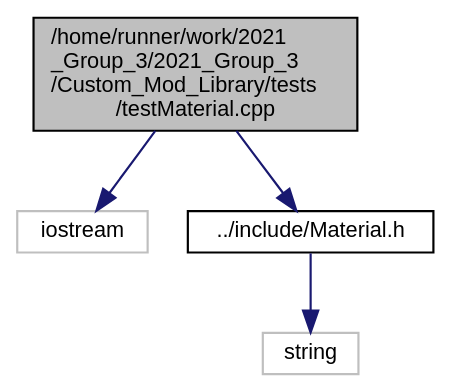
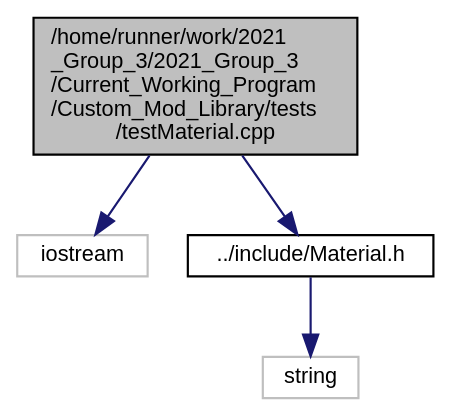
Before and after one commit to ejagombar/2021_Group_3: the diagram in test_material_8cpp__incl.dot, drawn with Graphviz. The commit also changed 69 other files, not shown here.

```diff
--- a/test_material_8cpp__incl.dot
+++ b/test_material_8cpp__incl.dot
@@ -1,14 +1,14 @@
-digraph "/home/runner/work/2021_Group_3/2021_Group_3/Custom_Mod_Library/tests/testMaterial.cpp"
+digraph "/home/runner/work/2021_Group_3/2021_Group_3/Current_Working_Program/Custom_Mod_Library/tests/testMaterial.cpp"
 {
  // LATEX_PDF_SIZE
   bgcolor="transparent";
   edge [fontname="Helvetica",fontsize="10",labelfontname="Helvetica",labelfontsize="10"];
   node [fontname="Helvetica",fontsize="10",shape=record];
-  Node1 [label="/home/runner/work/2021\l_Group_3/2021_Group_3\l/Custom_Mod_Library/tests\l/testMaterial.cpp",height=0.2,width=0.4,color="black", fillcolor="grey75", style="filled", fontcolor="black",tooltip=" "];
+  Node1 [label="/home/runner/work/2021\l_Group_3/2021_Group_3\l/Current_Working_Program\l/Custom_Mod_Library/tests\l/testMaterial.cpp",height=0.2,width=0.4,color="black", fillcolor="grey75", style="filled", fontcolor="black",tooltip=" "];
   Node1 -> Node2 [color="midnightblue",fontsize="10",style="solid",fontname="Helvetica"];
   Node2 [label="iostream",height=0.2,width=0.4,color="grey75",tooltip=" "];
   Node1 -> Node3 [color="midnightblue",fontsize="10",style="solid",fontname="Helvetica"];
   Node3 [label="../include/Material.h",height=0.2,width=0.4,color="black",URL="$_material_8h.html",tooltip="Class used to store Materials for the Model class."];
   Node3 -> Node4 [color="midnightblue",fontsize="10",style="solid",fontname="Helvetica"];
   Node4 [label="string",height=0.2,width=0.4,color="grey75",tooltip=" "];
 }
```
